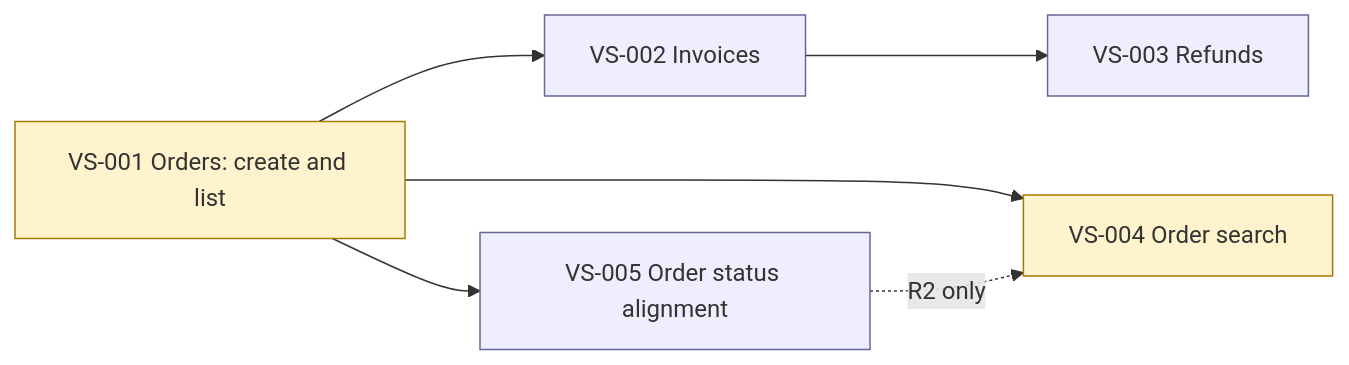
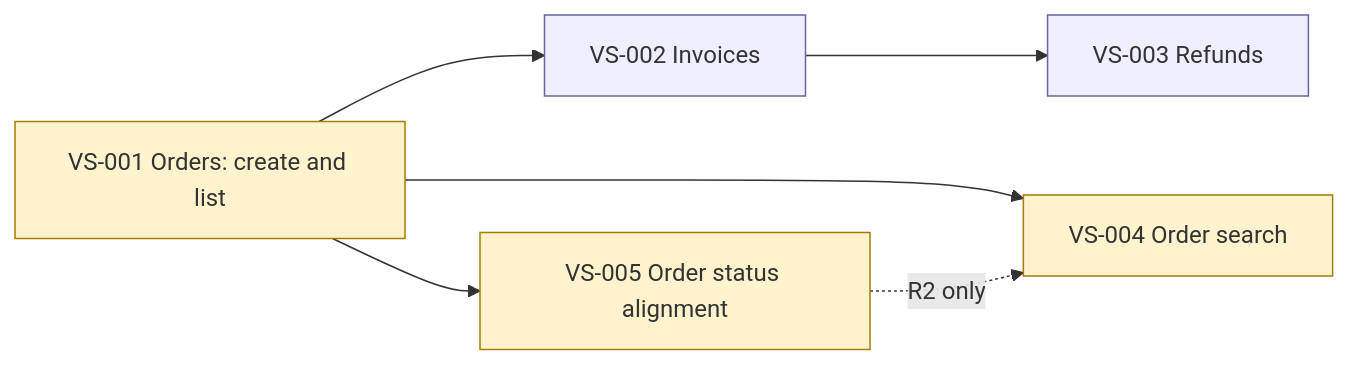
Before and after one commit to sergiosaraiva/quorum-agentic-framework: the diagram in docs/slices/INDEX.md, drawn with Mermaid. The commit also changed other lines of this file and 19 other files, not shown here.

````diff
--- a/docs/slices/INDEX.md
+++ b/docs/slices/INDEX.md
@@ -21,12 +21,12 @@
 ```mermaid
 graph LR
   VS001["VS-001 Orders: create and list"] --> VS002["VS-002 Invoices"]
   VS002 --> VS003["VS-003 Refunds"]
   VS001 --> VS004["VS-004 Order search"]
   VS001 --> VS005["VS-005 Order status alignment"]
   VS005 -. R2 only .-> VS004
   classDef inprogress fill:#fff3cd,stroke:#a67c00;
   classDef proposed fill:#eef,stroke:#669;
-  class VS001,VS004 inprogress;
-  class VS002,VS003,VS005 proposed;
+  class VS001,VS004,VS005 inprogress;
+  class VS002,VS003 proposed;
 ```
````
